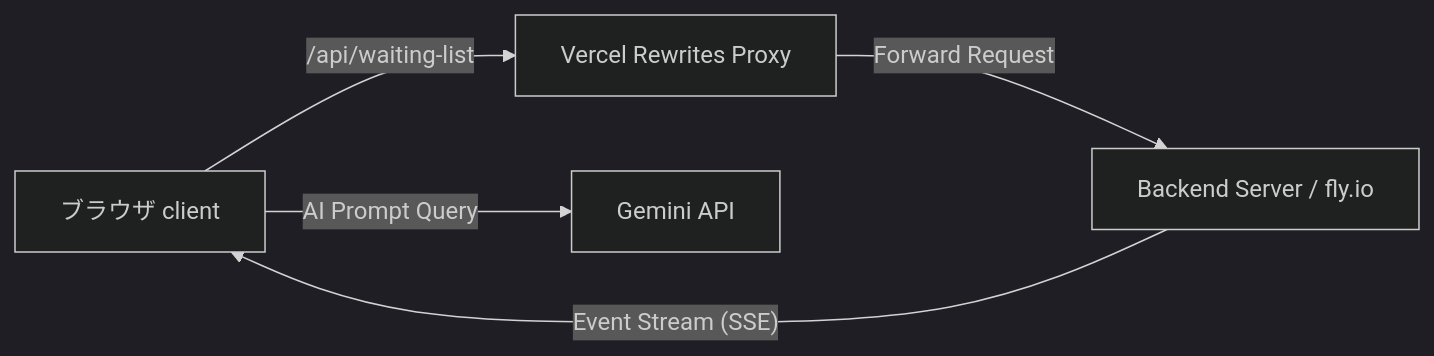
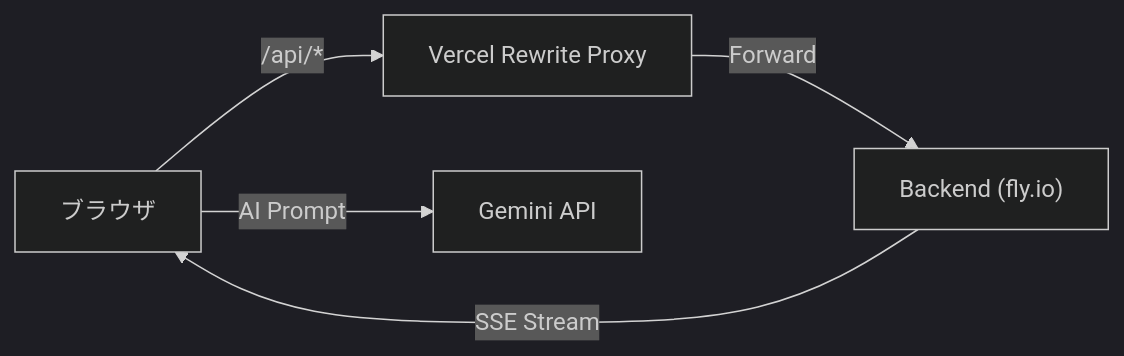
The diagram in README.md (Espi8624/yoyaku_mate), drawn with Mermaid (dark theme) before and after one commit. The commit also changed other lines of this file and 17 other files, not shown here.

````diff
--- a/README.md
+++ b/README.md
@@ -64,7 +49,7 @@
 ```mermaid
 graph LR
-    Browser[ブラウザ client] -- /api/waiting-list --> Vercel[Vercel Rewrites Proxy]
-    Vercel -- Forward Request --> Server[Backend Server / fly.io]
-    Server -- Event Stream (SSE) --> Browser
-    Browser -- AI Prompt Query --> Gemini[Gemini API]
+    Browser["ブラウザ"] -->|"/api/*"| Vercel["Vercel Rewrite Proxy"]
+    Vercel -->|"Forward"| Server["Backend (fly.io)"]
+    Server -->|"SSE Stream"| Browser
+    Browser -->|"AI Prompt"| Gemini["Gemini API"]
 ```
````
